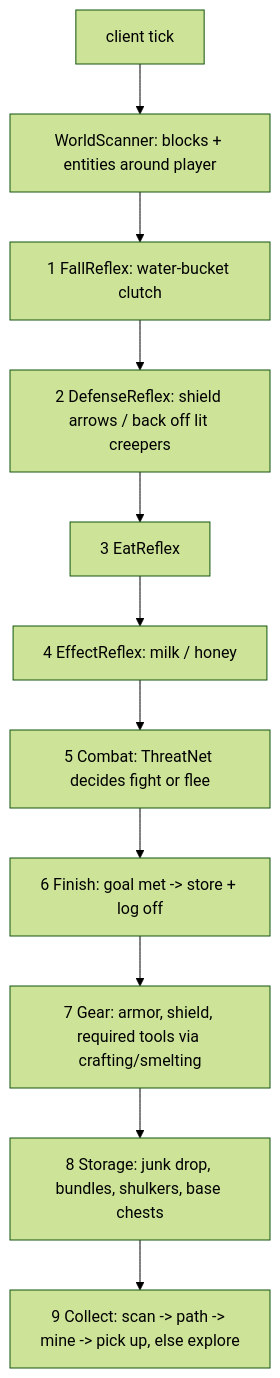
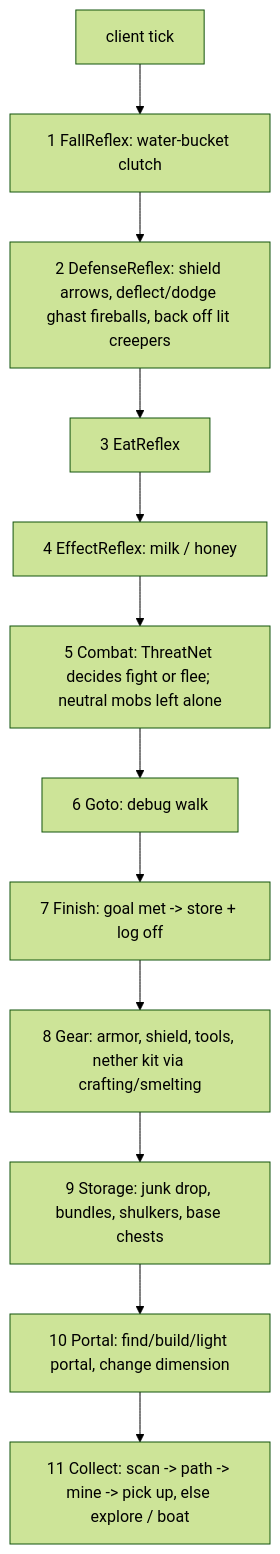
The diagram in PLAN.md (shrimpsooup2/autoCraft), drawn with Mermaid (forest theme) before and after one commit. The commit also changed other lines of this file and 7 other files, not shown here.

````diff
--- a/PLAN.md
+++ b/PLAN.md
@@ -27,13 +28,14 @@
 ```mermaid
 flowchart TD
-  T[client tick] --> S[WorldScanner: blocks + entities around player]
-  S --> R1[1 FallReflex: water-bucket clutch]
-  R1 --> R2[2 DefenseReflex: shield arrows / back off lit creepers]
+  T[client tick] --> R1[1 FallReflex: water-bucket clutch]
+  R1 --> R2[2 DefenseReflex: shield arrows, deflect/dodge ghast fireballs, back off lit creepers]
   R2 --> R3[3 EatReflex]
   R3 --> R4[4 EffectReflex: milk / honey]
-  R4 --> C[5 Combat: ThreatNet decides fight or flee]
-  C --> F[6 Finish: goal met -> store + log off]
-  F --> G[7 Gear: armor, shield, required tools via crafting/smelting]
-  G --> ST[8 Storage: junk drop, bundles, shulkers, base chests]
-  ST --> CO[9 Collect: scan -> path -> mine -> pick up, else explore]
+  R4 --> C[5 Combat: ThreatNet decides fight or flee; neutral mobs left alone]
+  C --> GO[6 Goto: debug walk]
+  GO --> F[7 Finish: goal met -> store + log off]
+  F --> G[8 Gear: armor, shield, tools, nether kit via crafting/smelting]
+  G --> ST[9 Storage: junk drop, bundles, shulkers, base chests]
+  ST --> P[10 Portal: find/build/light portal, change dimension]
+  P --> CO[11 Collect: scan -> path -> mine -> pick up, else explore / boat]
 ```
````
